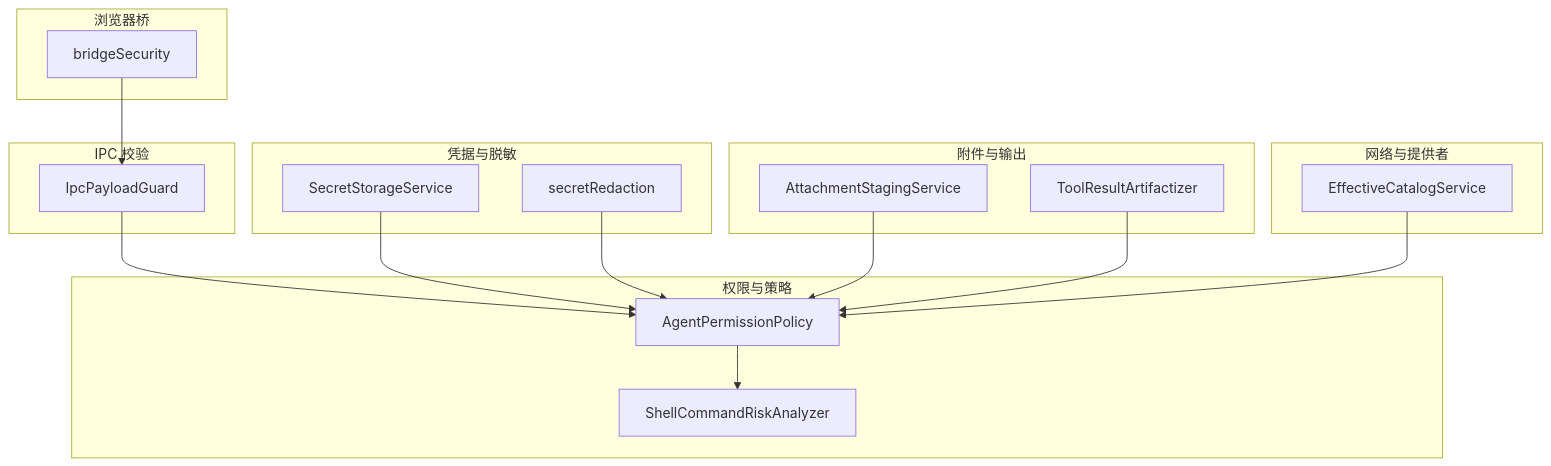
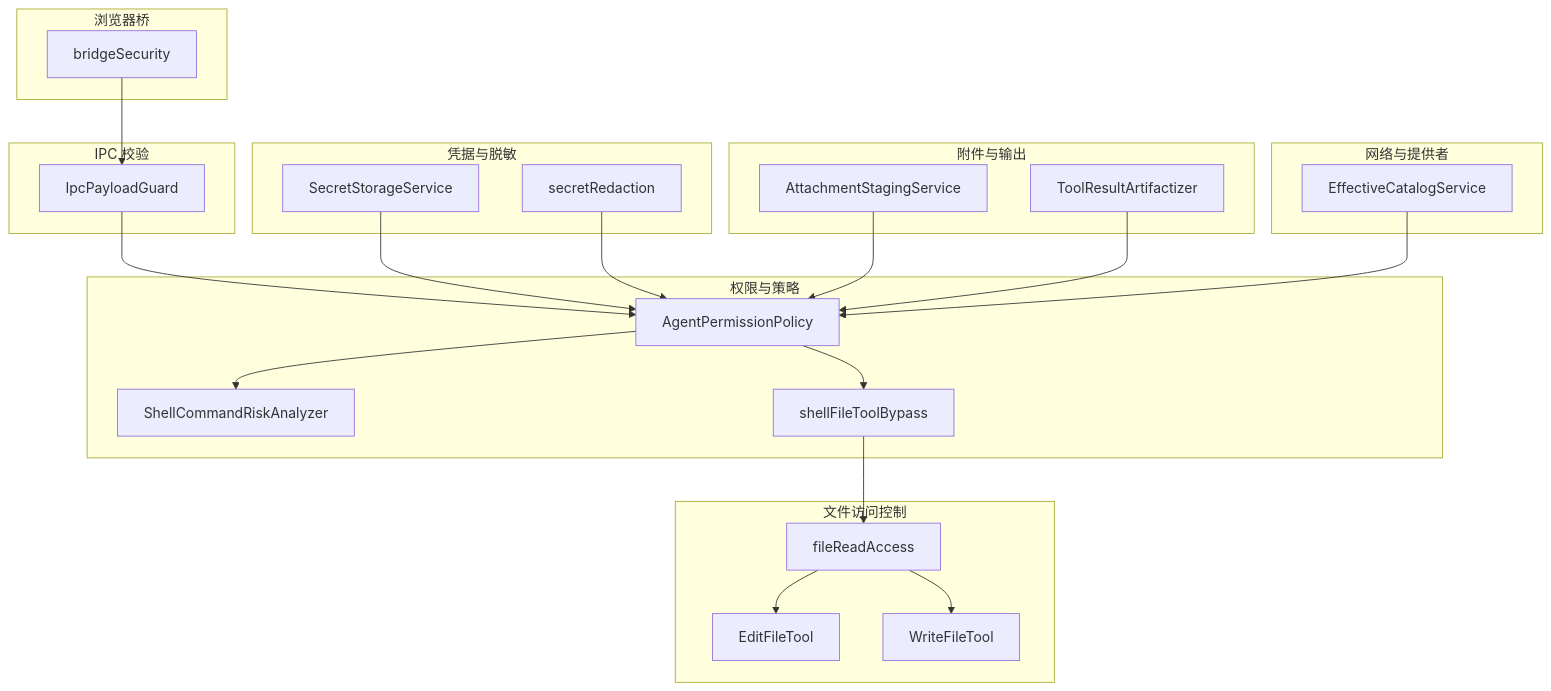
One commit to haolange/RDC-Agent changed the first of 11 diagrams in .qoder/repowiki/zh/content/安全考虑/安全考虑.md. Above: the diagram before and after it, drawn with Mermaid. The commit also changed other lines of this file and 85 other files, not shown here.

````diff
--- a/.qoder/repowiki/zh/content/安全考虑/安全考虑.md
+++ b/.qoder/repowiki/zh/content/安全考虑/安全考虑.md
@@ -43,32 +58,42 @@
 ```mermaid
 graph TB
 subgraph "权限与策略"
 P["AgentPermissionPolicy"]
 SRA["ShellCommandRiskAnalyzer"]
+SFTB["shellFileToolBypass"]
+end
+subgraph "文件访问控制"
+FRA["fileReadAccess"]
+EFT["EditFileTool"]
+WFT["WriteFileTool"]
 end
 subgraph "IPC 校验"
 IPG["IpcPayloadGuard"]
 end
 subgraph "浏览器桥"
 BS["bridgeSecurity"]
 end
 subgraph "凭据与脱敏"
 SS["SecretStorageService"]
 SR["secretRedaction"]
 end
 subgraph "附件与输出"
 AS["AttachmentStagingService"]
 TA["ToolResultArtifactizer"]
 end
 subgraph "网络与提供者"
 EC["EffectiveCatalogService"]
 end
 P --> SRA
+P --> SFTB
+SFTB --> FRA
+FRA --> EFT
+FRA --> WFT
 IPG --> P
 BS --> IPG
 SS --> P
 SR --> P
 AS --> P
 TA --> P
 EC --> P
 ```
````
